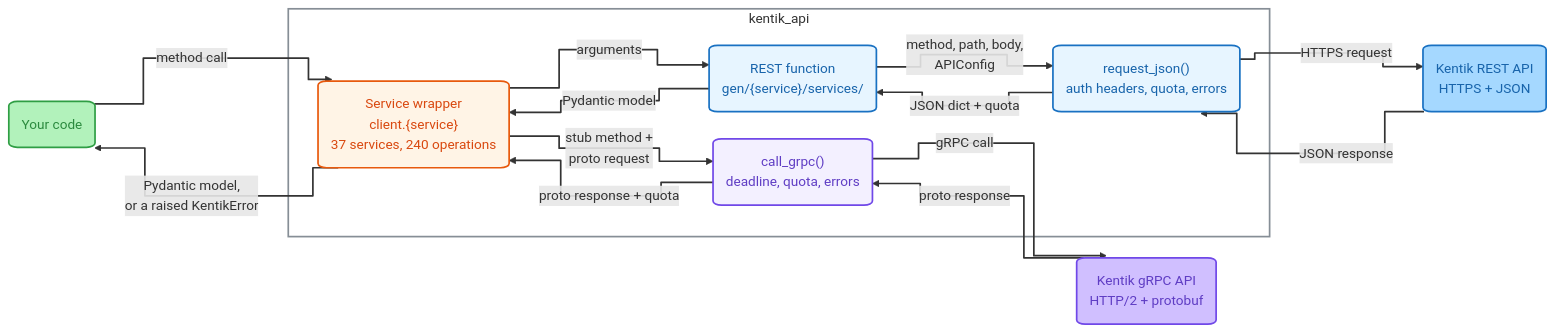
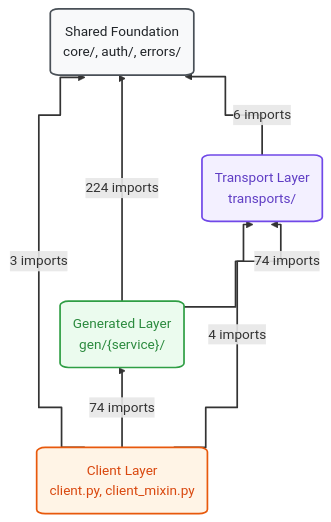
One commit to alexdearaujo/community_sdk_python changed the second of 2 diagrams in docs/sphinx/sdk_runtime_architecture.md. Above: the diagram before and after it, drawn with Mermaid. The commit also changed other lines of this file and 3 other files, not shown here.

First line of the commit message:
docs: sequence diagram for the call path, layer diagram for dependencies

````diff
--- a/docs/sphinx/sdk_runtime_architecture.md
+++ b/docs/sphinx/sdk_runtime_architecture.md
@@ -15,36 +63,22 @@
 ```mermaid
 %%{init: {"fontFamily": "ui-monospace, SFMono-Regular, Menlo, monospace", "flowchart": {"curve": "step", "nodeSpacing": 30, "rankSpacing": 70, "wrappingWidth": 400}}}%%
-flowchart LR
-    code("Your code"):::greenSrc
-    subgraph sdk["kentik_api"]
-        wrap("Service wrapper<br/>client.{service}<br/>37 services, 240 operations"):::orange
-        rest("REST function<br/>gen/{service}/services/"):::blue
-        rj("request_json()<br/>auth headers, quota, errors"):::blue
-        cg("call_grpc()<br/>deadline, quota, errors"):::violet
-    end
-    restapi("Kentik REST API<br/>HTTPS + JSON"):::blueSrc
-    grpcapi("Kentik gRPC API<br/>HTTP/2 + protobuf"):::violetSrc
+flowchart BT
+    client("Client Layer<br/>client.py, client_mixin.py"):::orange
+    generated("Generated Layer<br/>gen/{service}/"):::green
+    transport("Transport Layer<br/>transports/"):::violet
+    foundation("Shared Foundation<br/>core/, auth/, errors/"):::hub
 
-    code -->|"method call"| wrap
-    wrap -->|"Pydantic model,<br/>or a raised KentikError"| code
-    wrap -->|"arguments"| rest
-    rest -->|"Pydantic model"| wrap
-    rest -->|"method, path, body,<br/>APIConfig"| rj
-    rj -->|"JSON dict + quota"| rest
-    rj -->|"HTTPS request"| restapi
-    restapi -->|"JSON response"| rj
-    wrap -->|"stub method +<br/>proto request"| cg
-    cg -->|"proto response + quota"| wrap
-    cg -->|"gRPC call"| grpcapi
-    grpcapi -->|"proto response"| cg
+    client -->|"74 imports"| generated
+    client -->|"4 imports"| transport
+    client -->|"3 imports"| foundation
+    generated -->|"74 imports"| transport
+    generated -->|"224 imports"| foundation
+    transport -->|"6 imports"| foundation
 
-    classDef greenSrc fill:#b2f2bb,stroke:#2f9e44,color:#2b8a3e
     classDef orange fill:#fff4e6,stroke:#e8590c,color:#d9480f
-    classDef blue fill:#e7f5ff,stroke:#1971c2,color:#1864ab
-    classDef blueSrc fill:#a5d8ff,stroke:#1971c2,color:#1864ab
+    classDef green fill:#ebfbee,stroke:#2f9e44,color:#2b8a3e
     classDef violet fill:#f3f0ff,stroke:#7048e8,color:#5f3dc4
-    classDef violetSrc fill:#d0bfff,stroke:#7048e8,color:#5f3dc4
-    classDef greenSrc,orange,blue,blueSrc,violet,violetSrc stroke-width:2px,rx:10px
-    style sdk fill:none,stroke:#868e96,stroke-width:2px
+    classDef hub fill:#f8f9fa,stroke:#495057,color:#212529
+    classDef orange,green,violet,hub stroke-width:2px,rx:10px
     linkStyle default stroke-width:2px,stroke-linecap:round,stroke-linejoin:round
 ```
````
